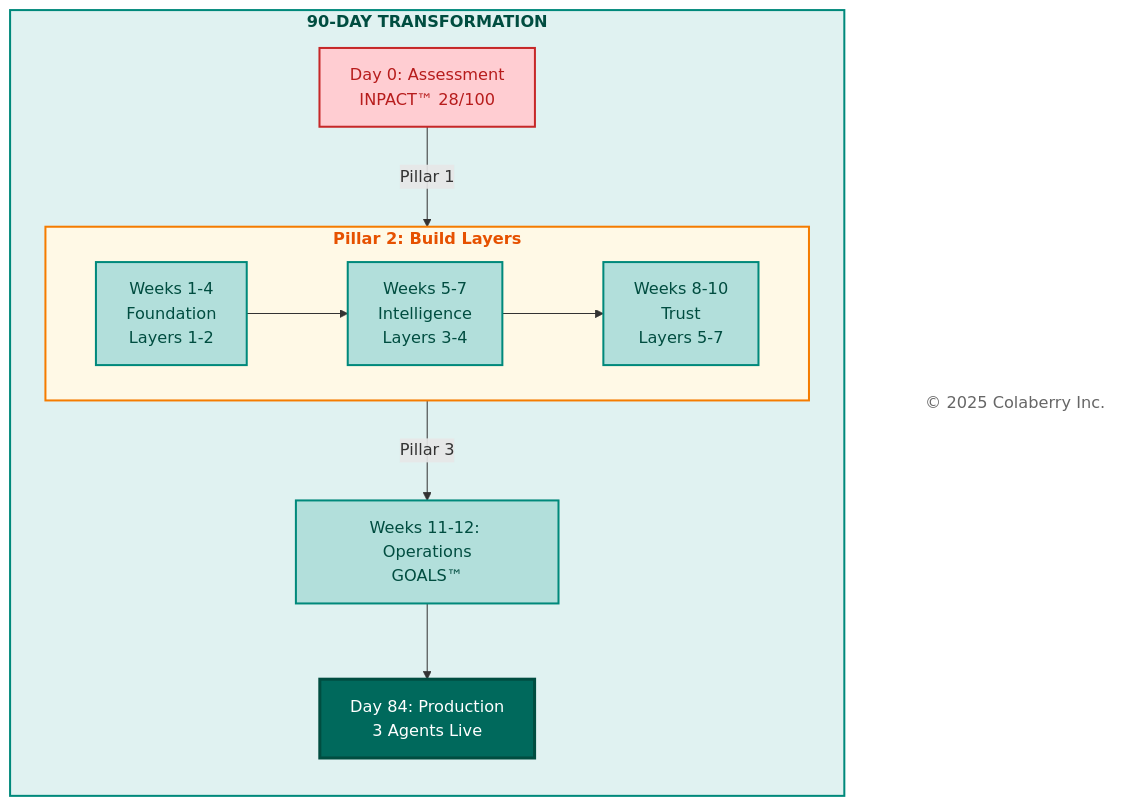
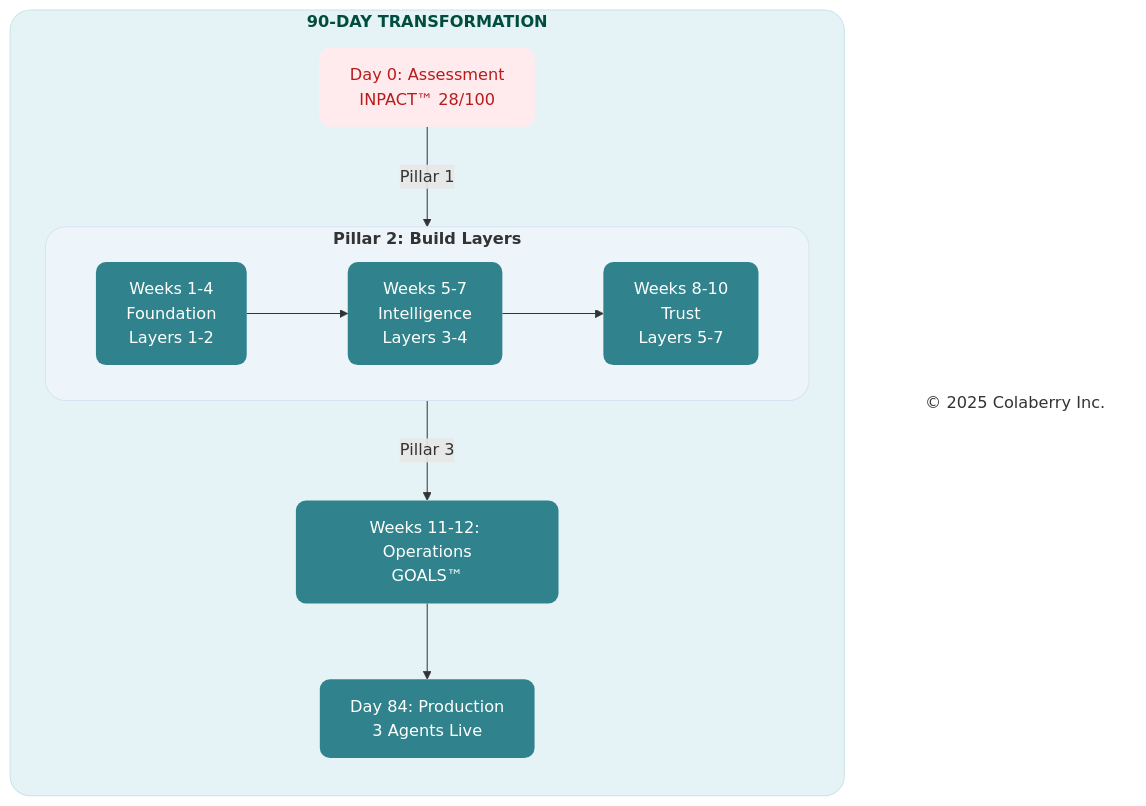
The tenth of 11 diagrams in manuscript/09_chapter_8_architecture_of_trust_in_action.md (saitejesh-cyber/trust-before-intelligence-book), drawn with Mermaid before and after one commit. The commit also changed other lines of this file and 7 other files, not shown here.

Commit message:
Chapter 6to13: Updated mermaid diagrams based on new colaberry color code

````diff
--- a/manuscript/09_chapter_8_architecture_of_trust_in_action.md
+++ b/manuscript/09_chapter_8_architecture_of_trust_in_action.md
@@ -798,37 +798,37 @@
 ```mermaid
 
 graph TB
   subgraph JOURNEY["<b>90-DAY TRANSFORMATION</b>"]
     direction TB
     D0["Day 0: Assessment<br/>INPACT™ 28/100"]
     
     subgraph BUILD["<b>Pillar 2: Build Layers</b>"]
       direction LR
       W4["Weeks 1-4<br/>Foundation<br/>Layers 1-2"]
       W7["Weeks 5-7<br/>Intelligence<br/>Layers 3-4"]
       W10["Weeks 8-10<br/>Trust<br/>Layers 5-7"]
       W4 --> W7 --> W10
     end
     
     W12["Weeks 11-12: Operations<br/>GOALS™"]
     
     FINAL["Day 84: Production<br/>3 Agents Live"]
   end
   
   Copyright["© 2025 Colaberry Inc."]
   
   D0 -->|"Pillar 1"| BUILD
   BUILD -->|"Pillar 3"| W12
   W12 --> FINAL
   
-  style JOURNEY fill:#e0f2f1,stroke:#00897b,stroke-width:2px,color:#004d40
-  style D0 fill:#ffcdd2,stroke:#c62828,stroke-width:2px,color:#b71c1c
-  style BUILD fill:#fff9e6,stroke:#f57c00,stroke-width:2px,color:#e65100
-  style W4 fill:#b2dfdb,stroke:#00897b,stroke-width:2px,color:#004d40
-  style W7 fill:#b2dfdb,stroke:#00897b,stroke-width:2px,color:#004d40
-  style W10 fill:#b2dfdb,stroke:#00897b,stroke-width:2px,color:#004d40
-  style W12 fill:#b2dfdb,stroke:#00897b,stroke-width:2px,color:#004d40
-  style FINAL fill:#00695c,color:#ffffff,stroke:#004d40,stroke-width:3px
-  style Copyright fill:#ffffff,stroke:none,color:#666666
+  style JOURNEY fill:#e6f3f6,stroke:#c7e3ea,stroke-width:1px,color:#004d40,rx:20,ry:20
+  style D0 fill:#ffebee,stroke:none,color:#b71c1c,rx:10,ry:10
+  style BUILD fill:#edf4fa,stroke:#d6e4f2,stroke-width:1px,color:#333333,rx:20,ry:20
+  style W4 fill:#30838C,stroke:none,color:#ffffff,rx:10,ry:10
+  style W7 fill:#30838C,stroke:none,color:#ffffff,rx:10,ry:10
+  style W10 fill:#30838C,stroke:none,color:#ffffff,rx:10,ry:10
+  style W12 fill:#30838C,stroke:none,color:#ffffff,rx:10,ry:10
+  style FINAL fill:#30838C,stroke:none,color:#ffffff,rx:10,ry:10
+  style Copyright fill:none,stroke:none,color:#333333
 
 ```
````
